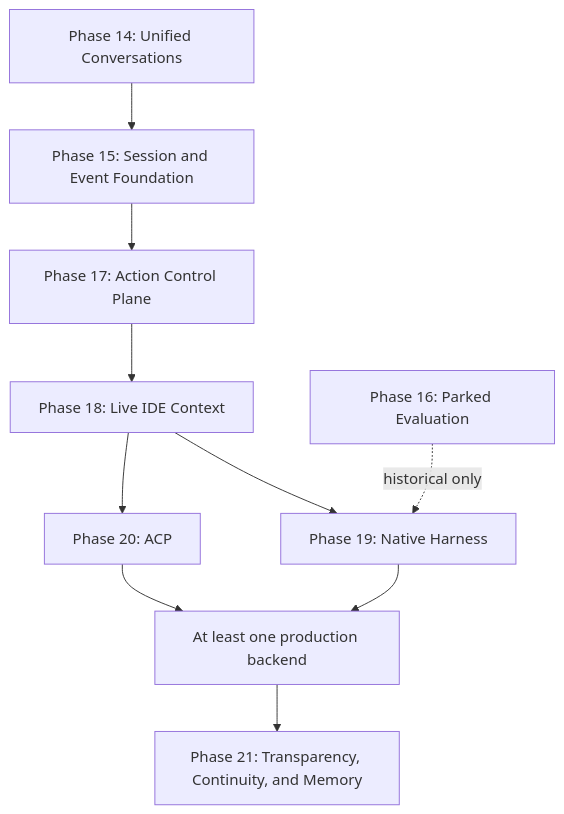
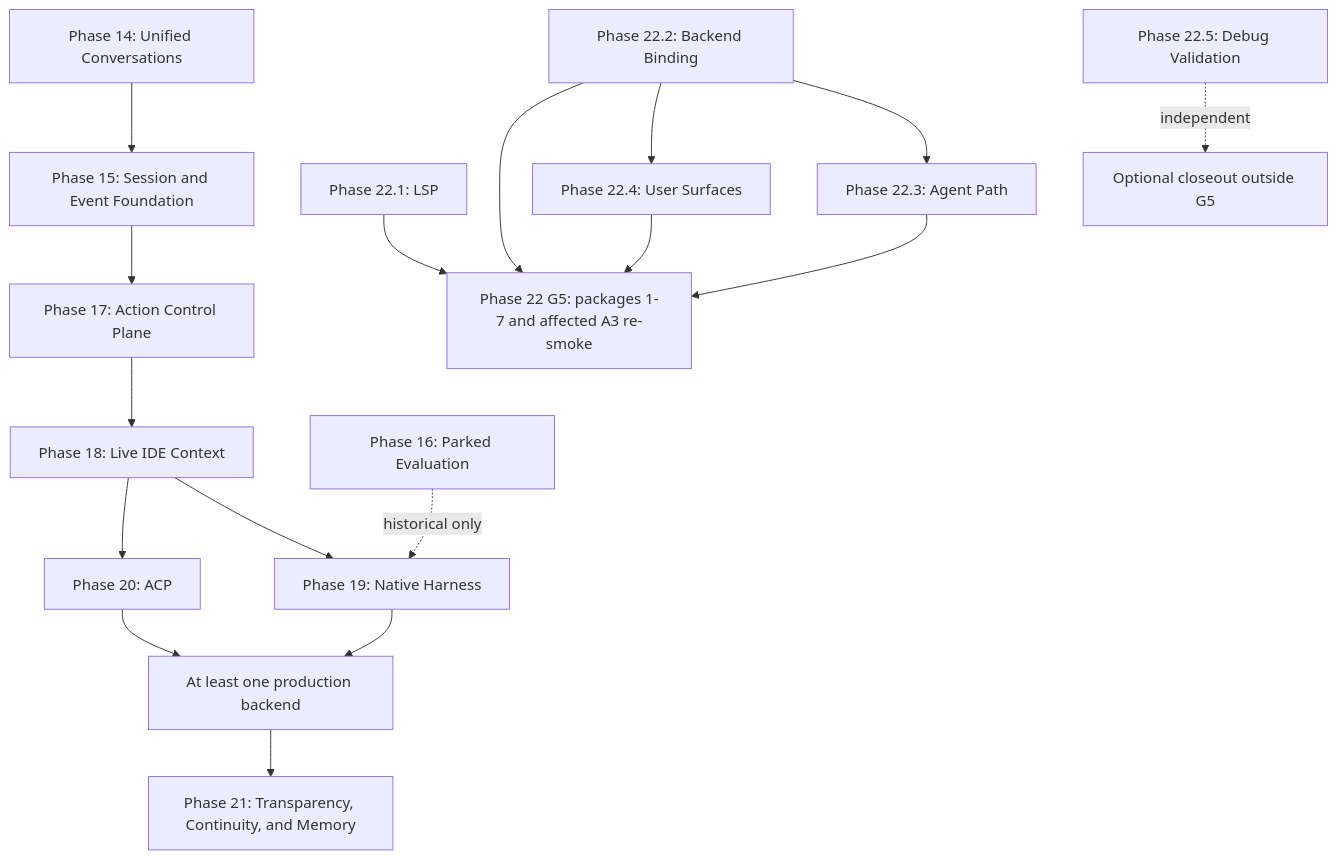
One commit to cenoda/zaide changed the diagram in docs/roadmap/V3.md. Above: the diagram before and after it, drawn with Mermaid. The commit also changed other lines of this file and 13 other files, not shown here.

First line of the commit message:
docs(phase-22): add post-closeout corrective planning under V3

````diff
--- a/docs/roadmap/V3.md
+++ b/docs/roadmap/V3.md
@@ -1180,12 +1214,19 @@
 ```mermaid
 flowchart TD
   P14[Phase 14: Unified Conversations] --> P15[Phase 15: Session and Event Foundation]
   P15 --> P17[Phase 17: Action Control Plane]
   P17 --> P18[Phase 18: Live IDE Context]
   P18 --> P19[Phase 19: Native Harness]
   P18 --> P20[Phase 20: ACP]
   P19 --> PB[At least one production backend]
   P20 --> PB
   PB --> P21[Phase 21: Transparency, Continuity, and Memory]
   P16[Phase 16: Parked Evaluation] -. historical only .-> P19
+  P221[Phase 22.1: LSP] --> G5[Phase 22 G5: packages 1-7 and affected A3 re-smoke]
+  P222[Phase 22.2: Backend Binding] --> P223[Phase 22.3: Agent Path]
+  P222 --> P224[Phase 22.4: User Surfaces]
+  P222 --> G5
+  P223 --> G5
+  P224 --> G5
+  P225[Phase 22.5: Debug Validation] -. independent .-> OPT[Optional closeout outside G5]
 ```
````
